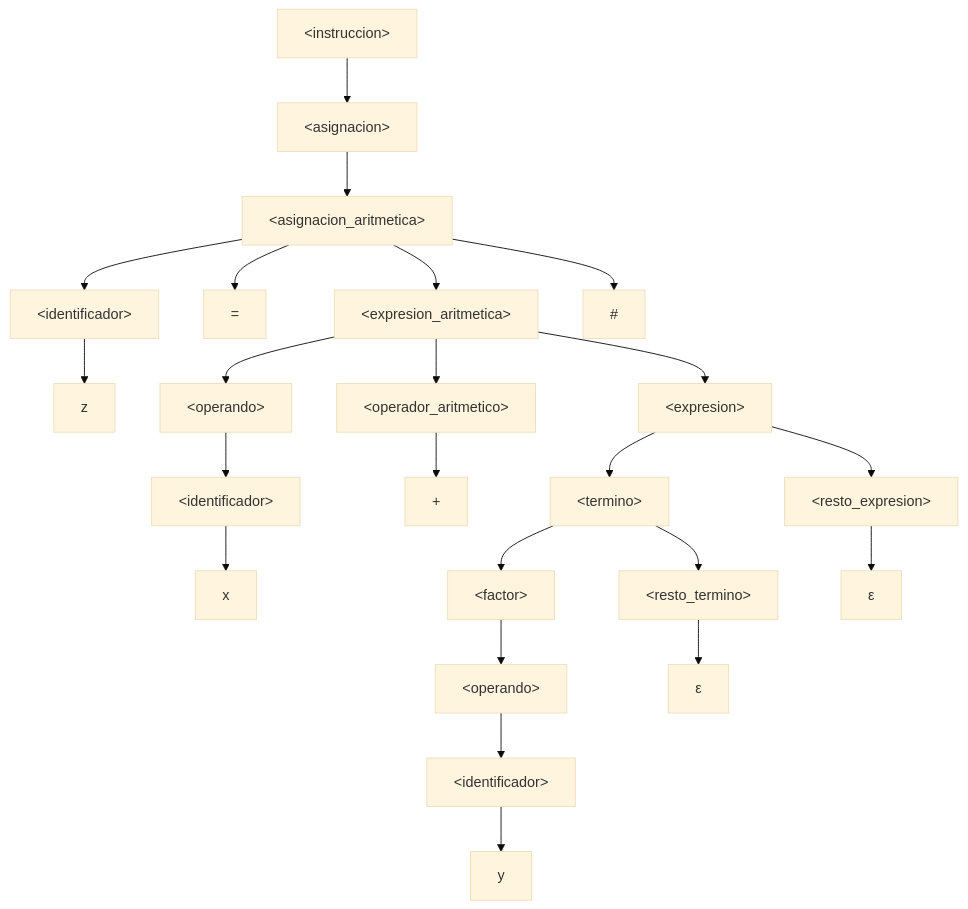
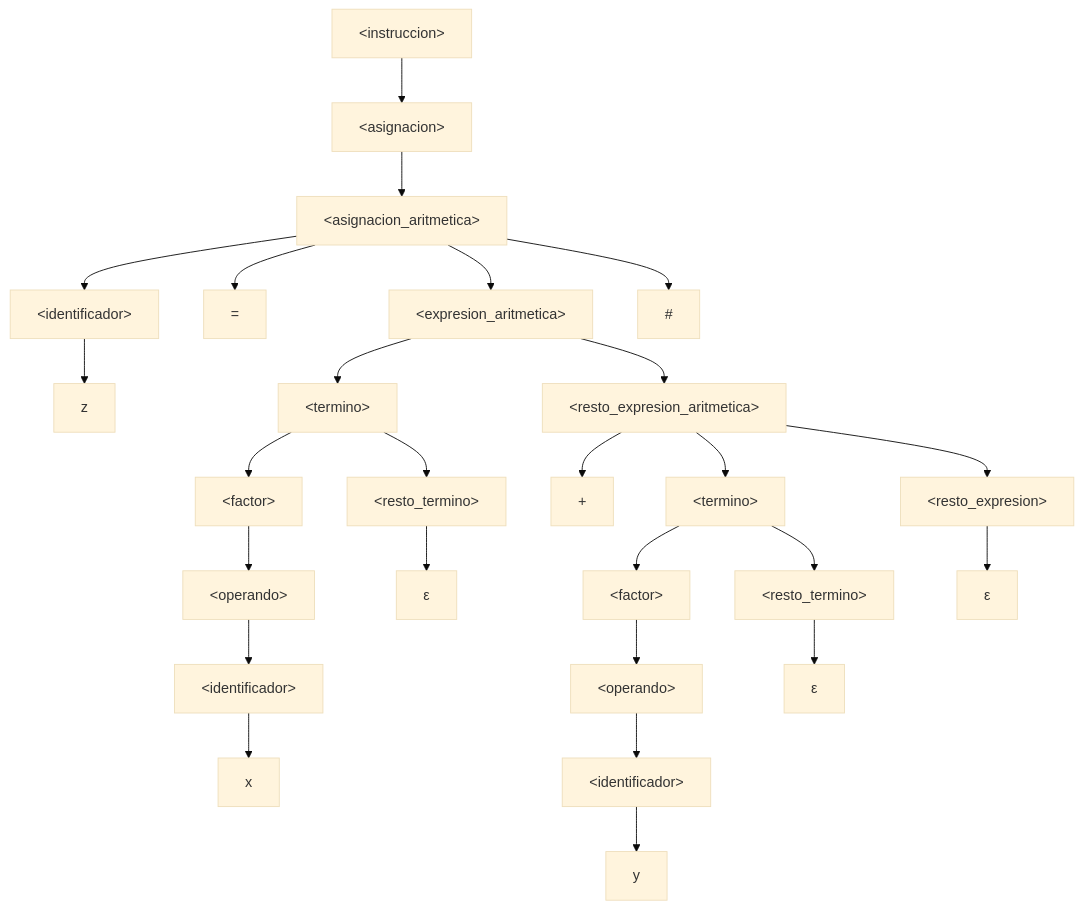
Before and after one commit to franciscobenavides876/Teoria-Laboratorios: the diagram in Lab3/gramatica/salidas/arbol_z_igual_x_mas_y.mmd, drawn with Mermaid (base theme). The commit also changed 11 other files, not shown here.

```diff
--- a/Lab3/gramatica/salidas/arbol_z_igual_x_mas_y.mmd
+++ b/Lab3/gramatica/salidas/arbol_z_igual_x_mas_y.mmd
@@ -1,46 +1,52 @@
 graph TD
   n0["#lt;instruccion#gt;"]
   n1["#lt;asignacion#gt;"]
   n2["#lt;asignacion_aritmetica#gt;"]
   n3["#lt;identificador#gt;"]
   n4["z"]
   n5["="]
   n6["#lt;expresion_aritmetica#gt;"]
-  n7["#lt;operando#gt;"]
-  n8["#lt;identificador#gt;"]
-  n9["x"]
-  n10["#lt;operador_aritmetico#gt;"]
-  n11["+"]
-  n12["#lt;expresion#gt;"]
-  n13["#lt;termino#gt;"]
-  n14["#lt;factor#gt;"]
-  n15["#lt;operando#gt;"]
-  n16["#lt;identificador#gt;"]
-  n17["y"]
-  n18["#lt;resto_termino#gt;"]
-  n19["ε"]
-  n20["#lt;resto_expresion#gt;"]
-  n21["ε"]
-  n22["#35;"]
+  n7["#lt;termino#gt;"]
+  n8["#lt;factor#gt;"]
+  n9["#lt;operando#gt;"]
+  n10["#lt;identificador#gt;"]
+  n11["x"]
+  n12["#lt;resto_termino#gt;"]
+  n13["ε"]
+  n14["#lt;resto_expresion_aritmetica#gt;"]
+  n15["+"]
+  n16["#lt;termino#gt;"]
+  n17["#lt;factor#gt;"]
+  n18["#lt;operando#gt;"]
+  n19["#lt;identificador#gt;"]
+  n20["y"]
+  n21["#lt;resto_termino#gt;"]
+  n22["ε"]
+  n23["#lt;resto_expresion#gt;"]
+  n24["ε"]
+  n25["#35;"]
   n3 --> n4
   n2 --> n3
   n2 --> n5
+  n10 --> n11
+  n9 --> n10
   n8 --> n9
   n7 --> n8
+  n12 --> n13
+  n7 --> n12
   n6 --> n7
-  n10 --> n11
-  n6 --> n10
+  n14 --> n15
+  n19 --> n20
+  n18 --> n19
+  n17 --> n18
   n16 --> n17
-  n15 --> n16
-  n14 --> n15
-  n13 --> n14
-  n18 --> n19
-  n13 --> n18
-  n12 --> n13
-  n20 --> n21
-  n12 --> n20
-  n6 --> n12
+  n21 --> n22
+  n16 --> n21
+  n14 --> n16
+  n23 --> n24
+  n14 --> n23
+  n6 --> n14
   n2 --> n6
-  n2 --> n22
+  n2 --> n25
   n1 --> n2
   n0 --> n1
```
